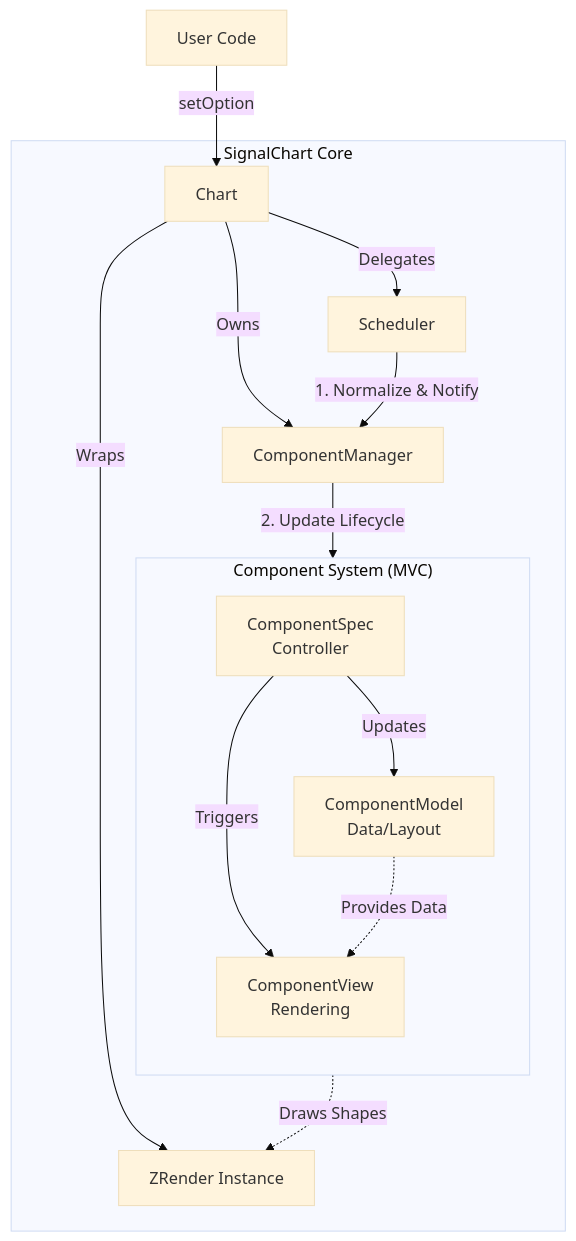
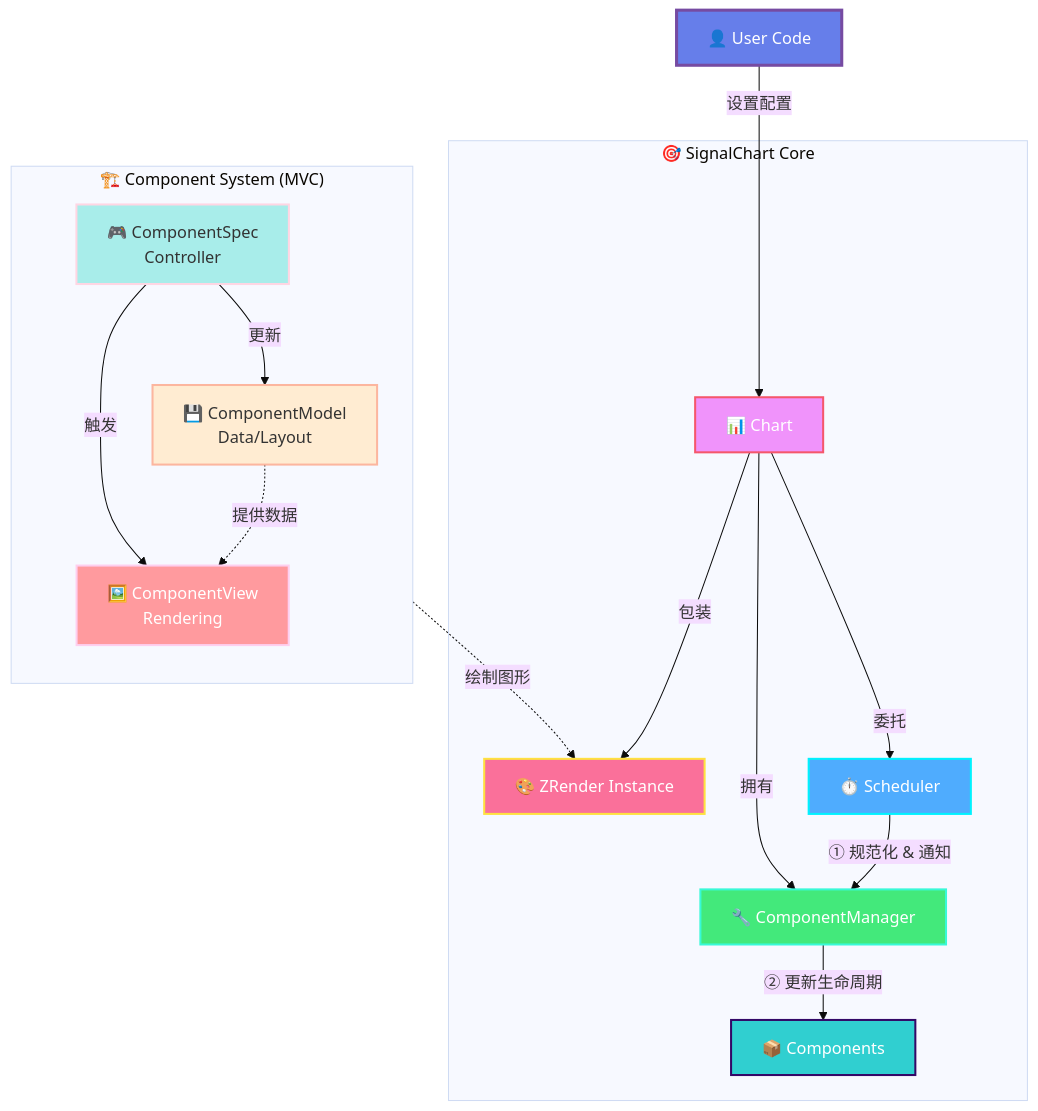
The first of 2 diagrams in CONTRIBUTING.md (MIEnchating/signal-chart), drawn with Mermaid (base theme) before and after one commit. The commit also changed other lines of this file and 27 other files, not shown here.

First line of the commit message:
feat: Refactor chart options and models

````diff
--- a/CONTRIBUTING.md
+++ b/CONTRIBUTING.md
@@ -11,21 +11,31 @@
 ```mermaid
-graph TD
-    User[User Code] -->|setOption| Chart
+graph TB
+    User["👤 User Code"]:::userStyle -->|设置配置| Chart
 
-    subgraph SignalChart Core
-        Chart -->|Delegates| Scheduler
-        Chart -->|Owns| ComponentManager
-        Chart -->|Wraps| ZRender[ZRender Instance]
+    subgraph Core["🎯 SignalChart Core"]
+        Chart["📊 Chart"]:::chartStyle -->|委托| Scheduler["⏱️ Scheduler"]:::schedulerStyle
+        Chart -->|拥有| ComponentManager["🔧 ComponentManager"]:::managerStyle
+        Chart -->|包装| ZRender["🎨 ZRender Instance"]:::zrenderStyle
 
-        Scheduler -->|1. Normalize & Notify| ComponentManager
-        ComponentManager -->|2. Update Lifecycle| Components
+        Scheduler -->|"①  规范化 & 通知"| ComponentManager
+        ComponentManager -->|"②  更新生命周期"| Components["📦 Components"]:::componentStyle
     end
 
-    subgraph Components ["Component System (MVC)"]
+    subgraph MVC["🏗️ Component System (MVC)"]
         direction TB
-        Spec[ComponentSpec\nController] -->|Updates| Model[ComponentModel\nData/Layout]
-        Spec -->|Triggers| View[ComponentView\nRendering]
-        View -.->|Draws Shapes| ZRender
-        Model -.->|Provides Data| View
+        Spec["🎮 ComponentSpec<br/>Controller"]:::specStyle -->|更新| Model["💾 ComponentModel<br/>Data/Layout"]:::modelStyle
+        Spec -->|触发| View["🖼️ ComponentView<br/>Rendering"]:::viewStyle
+        View -.->|绘制图形| ZRender
+        Model -.->|提供数据| View
     end
+
+    classDef userStyle fill:#667eea,stroke:#764ba2,stroke-width:3px,color:#fff
+    classDef chartStyle fill:#f093fb,stroke:#f5576c,stroke-width:2px,color:#fff
+    classDef schedulerStyle fill:#4facfe,stroke:#00f2fe,stroke-width:2px,color:#fff
+    classDef managerStyle fill:#43e97b,stroke:#38f9d7,stroke-width:2px,color:#fff
+    classDef zrenderStyle fill:#fa709a,stroke:#fee140,stroke-width:2px,color:#fff
+    classDef componentStyle fill:#30cfd0,stroke:#330867,stroke-width:2px,color:#fff
+    classDef specStyle fill:#a8edea,stroke:#fed6e3,stroke-width:2px,color:#333
+    classDef modelStyle fill:#ffecd2,stroke:#fcb69f,stroke-width:2px,color:#333
+    classDef viewStyle fill:#ff9a9e,stroke:#fecfef,stroke-width:2px,color:#fff
 ```
````
